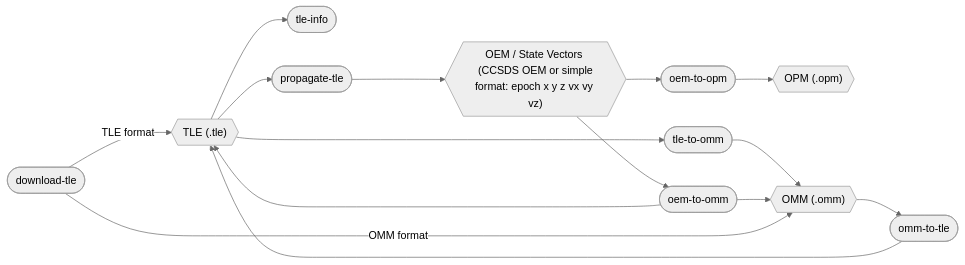
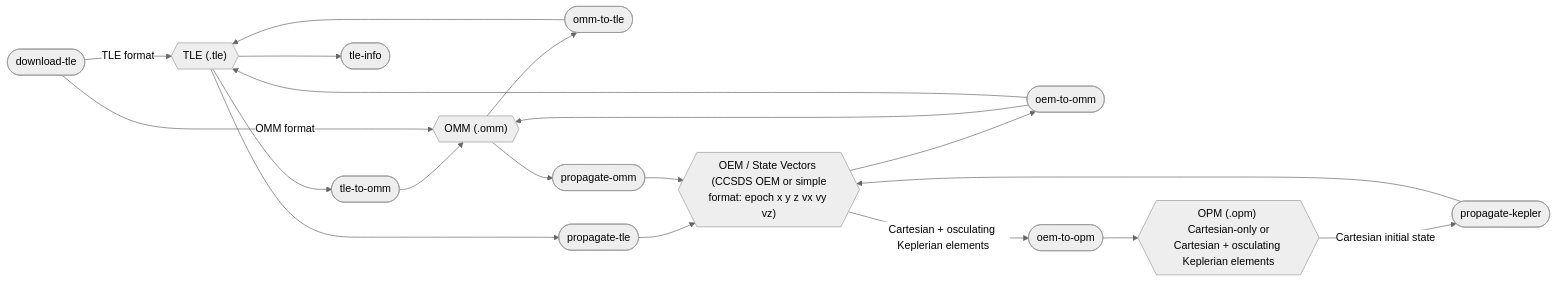
The second of 2 diagrams in README.md (jeongyunl/ephem-toolkit), drawn with Mermaid (neutral theme) before and after one commit. The commit also changed other lines of this file and 2 other files, not shown here.

Commit message:
Update documentation: Enhance OPM format descriptions and update data flow diagrams to reflect current command set and data formats

````diff
--- a/README.md
+++ b/README.md
@@ -54,35 +71,43 @@
 ```mermaid
 flowchart LR
     fmt_tle{{"TLE (.tle)"}}
-    fmt_opm{{"OPM (.opm)"}}
+    fmt_opm{{"OPM (.opm) <br/> Cartesian-only or Cartesian + osculating Keplerian elements"}}
     fmt_omm{{"OMM (.omm)"}}
     fmt_oem{{"OEM / State Vectors <br/> (CCSDS OEM or simple format: epoch x y z vx vy vz)"}}
 
     download_tle(["download-tle"])
     omm_to_tle(["omm-to-tle"])
     tle_to_omm(["tle-to-omm"])
     tle_info(["tle-info"])
     oem_to_omm(["oem-to-omm"])
     oem_to_opm(["oem-to-opm"])
     propagate_tle(["propagate-tle"])
+    propagate_omm(["propagate-omm"])
+    propagate_kepler(["propagate-kepler"])
 
     fmt_tle --> tle_to_omm
     tle_to_omm --> fmt_omm
 
     fmt_omm --> omm_to_tle
     omm_to_tle --> fmt_tle
 
     fmt_tle --> tle_info
 
     fmt_oem --> oem_to_omm
     oem_to_omm --> fmt_omm
     oem_to_omm --> fmt_tle
-    fmt_oem --> oem_to_opm
+    fmt_oem -->|"Cartesian + osculating Keplerian elements"| oem_to_opm
     oem_to_opm --> fmt_opm
 
     fmt_tle --> propagate_tle
     propagate_tle --> fmt_oem
 
+    fmt_omm --> propagate_omm
+    propagate_omm --> fmt_oem
+
+    fmt_opm -->|"Cartesian initial state"| propagate_kepler
+    propagate_kepler --> fmt_oem
+
     download_tle -->|"TLE format"| fmt_tle
     download_tle -->|"OMM format"| fmt_omm
 ```
````
